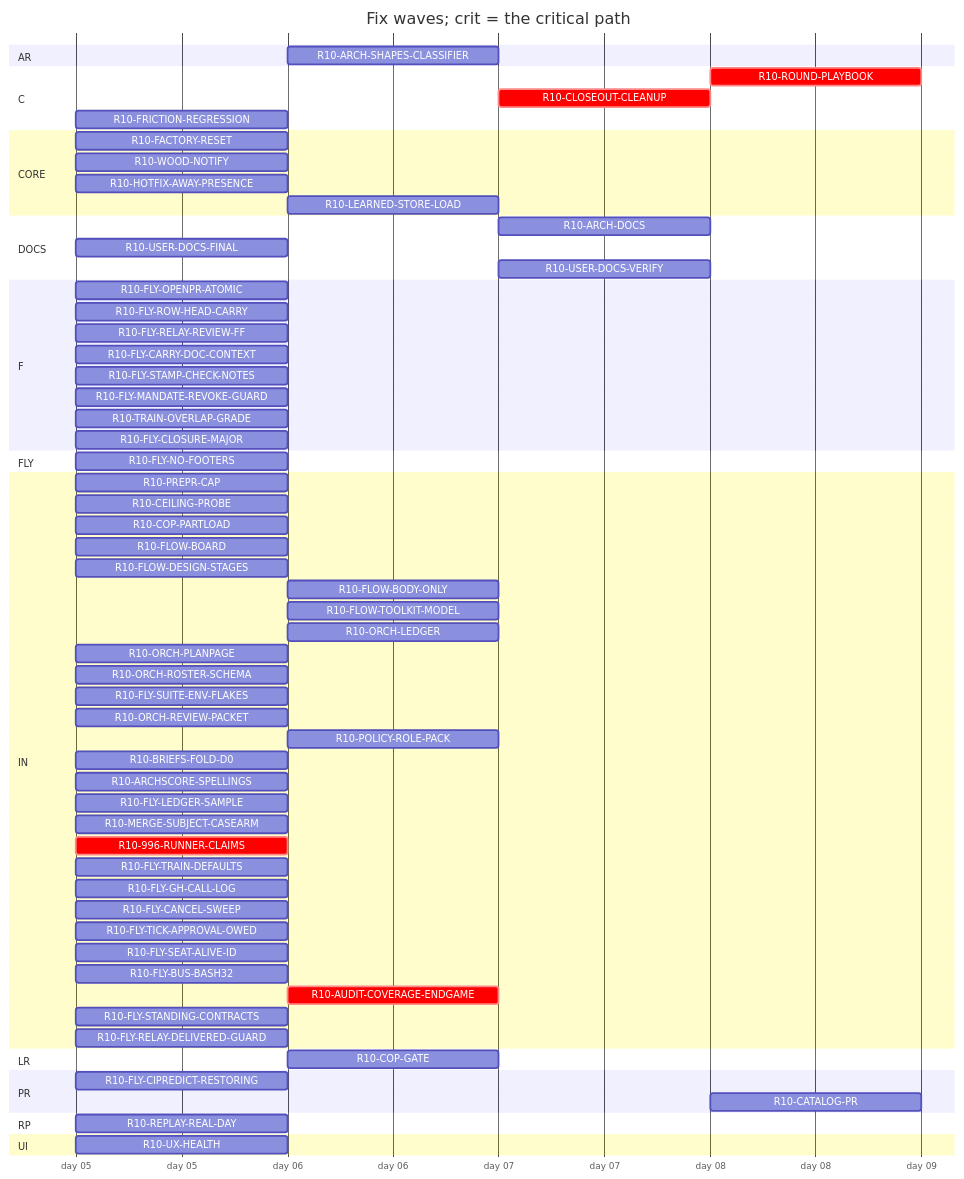
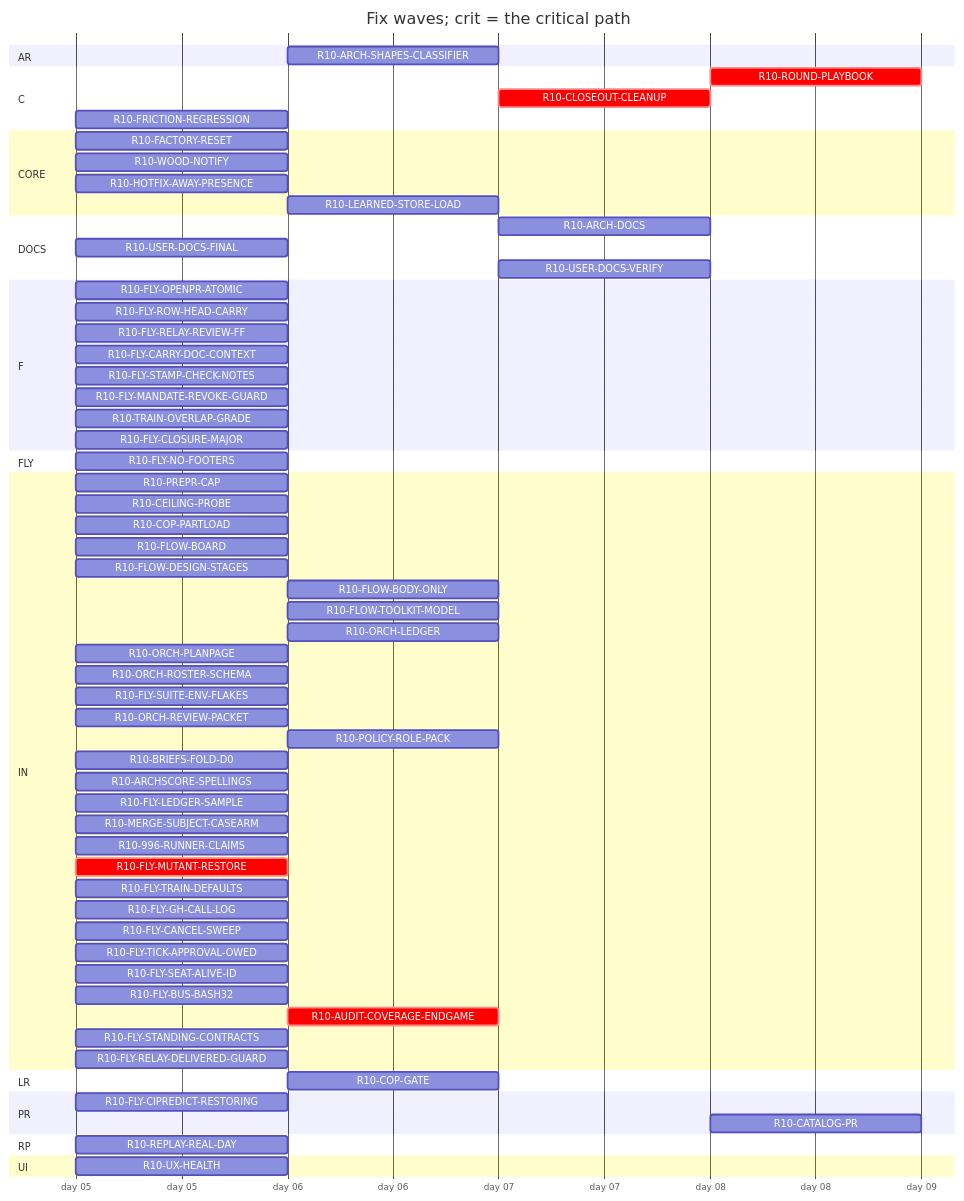
Before and after one commit to tvofi/heatpump_optimizer: the diagram in handoff/round10/state/PLAN-TABLE.md, drawn with Mermaid. The commit also changed other lines of this file and 4 other files, not shown here.

Commit message:
state: FLOW-BOARD.md, NEXT-SESSION-PROMPT.md, PLAN-TABLE.md, PLAN.html, RESUME-CURRENT.md regenerated (state_docs.py)

````diff
--- a/handoff/round10/state/PLAN-TABLE.md
+++ b/handoff/round10/state/PLAN-TABLE.md
@@ -24,69 +24,70 @@
 ```mermaid
 gantt
   title Fix waves; crit = the critical path
   dateFormat YYYY-MM-DD
   axisFormat day %d
   section AR
     R10-ARCH-SHAPES-CLASSIFIER :r10ARCHSHAPESCLASSIFIER, after r10996RUNNERCLAIMS, 1d
   section C
     R10-ROUND-PLAYBOOK :crit, r10ROUNDPLAYBOOK, after r10ORCHLEDGER r10ORCHPLANPAGE r10FLYRELAYREVIEWFF r10FLOWBODYONLY r10AUDITCOVERAGEENDGAME r10FLOWDESIGNSTAGES r10ORCHROSTERSCHEMA r10FLOWTOOLKITMODEL r10TRAINOVERLAPGRADE r10FLYTRAINDEFAULTS r10FLYCANCELSWEEP r10POLICYROLEPACK r10ORCHREVIEWPACKET r10FLOWBOARD r10CLOSEOUTCLEANUP, 1d
     R10-CLOSEOUT-CLEANUP :crit, r10CLOSEOUTCLEANUP, after r10AUDITCOVERAGEENDGAME, 1d
     R10-FRICTION-REGRESSION :r10FRICTIONREGRESSION, 2026-01-05, 1d
   section CORE
     R10-FACTORY-RESET :r10FACTORYRESET, 2026-01-05, 1d
     R10-WOOD-NOTIFY :r10WOODNOTIFY, 2026-01-05, 1d
     R10-HOTFIX-AWAY-PRESENCE :r10HOTFIXAWAYPRESENCE, 2026-01-05, 1d
     R10-LEARNED-STORE-LOAD :r10LEARNEDSTORELOAD, after r10FACTORYRESET, 1d
   section DOCS
     R10-ARCH-DOCS :r10ARCHDOCS, after r10COPGATE r10UXHEALTH r10CEILINGPROBE r10COPPARTLOAD r10FLOWBOARD r10FLOWDESIGNSTAGES r10FLOWBODYONLY r10FLYOPENPRATOMIC r10FLYROWHEADCARRY r10FLYRELAYREVIEWFF r10FLYCARRYDOCCONTEXT r10FLOWTOOLKITMODEL r10FLYSTAMPCHECKNOTES r10FLYMANDATEREVOKEGUARD r10TRAINOVERLAPGRADE r10FLYSUITEENVFLAKES r10ORCHLEDGER r10ORCHPLANPAGE r10ORCHROSTERSCHEMA r10ORCHREVIEWPACKET r10POLICYROLEPACK r10BRIEFSFOLDD0 r10REPLAYREALDAY r10ARCHSCORESPELLINGS r10FLYLEDGERSAMPLE, 1d
     R10-USER-DOCS-FINAL :r10USERDOCSFINAL, 2026-01-05, 1d
     R10-USER-DOCS-VERIFY :r10USERDOCSVERIFY, after r10COPGATE r10UXHEALTH r10CEILINGPROBE r10COPPARTLOAD r10FACTORYRESET r10WOODNOTIFY r10USERDOCSFINAL r10ARCHSHAPESCLASSIFIER r10HOTFIXAWAYPRESENCE, 1d
   section F
     R10-FLY-OPENPR-ATOMIC :r10FLYOPENPRATOMIC, 2026-01-05, 1d
     R10-FLY-ROW-HEAD-CARRY :r10FLYROWHEADCARRY, 2026-01-05, 1d
     R10-FLY-RELAY-REVIEW-FF :r10FLYRELAYREVIEWFF, 2026-01-05, 1d
     R10-FLY-CARRY-DOC-CONTEXT :r10FLYCARRYDOCCONTEXT, 2026-01-05, 1d
     R10-FLY-STAMP-CHECK-NOTES :r10FLYSTAMPCHECKNOTES, 2026-01-05, 1d
     R10-FLY-MANDATE-REVOKE-GUARD :r10FLYMANDATEREVOKEGUARD, 2026-01-05, 1d
     R10-TRAIN-OVERLAP-GRADE :r10TRAINOVERLAPGRADE, 2026-01-05, 1d
     R10-FLY-CLOSURE-MAJOR :r10FLYCLOSUREMAJOR, 2026-01-05, 1d
   section FLY
     R10-FLY-NO-FOOTERS :r10FLYNOFOOTERS, 2026-01-05, 1d
   section IN
     R10-PREPR-CAP :r10PREPRCAP, 2026-01-05, 1d
     R10-CEILING-PROBE :r10CEILINGPROBE, 2026-01-05, 1d
     R10-COP-PARTLOAD :r10COPPARTLOAD, 2026-01-05, 1d
     R10-FLOW-BOARD :r10FLOWBOARD, 2026-01-05, 1d
     R10-FLOW-DESIGN-STAGES :r10FLOWDESIGNSTAGES, 2026-01-05, 1d
     R10-FLOW-BODY-ONLY :r10FLOWBODYONLY, after r10FLYOPENPRATOMIC, 1d
     R10-FLOW-TOOLKIT-MODEL :r10FLOWTOOLKITMODEL, after r10ORCHPLANPAGE r10FLYCANCELSWEEP, 1d
     R10-ORCH-LEDGER :r10ORCHLEDGER, after r10FLYCANCELSWEEP, 1d
     R10-ORCH-PLANPAGE :r10ORCHPLANPAGE, 2026-01-05, 1d
     R10-ORCH-ROSTER-SCHEMA :r10ORCHROSTERSCHEMA, 2026-01-05, 1d
     R10-FLY-SUITE-ENV-FLAKES :r10FLYSUITEENVFLAKES, 2026-01-05, 1d
     R10-ORCH-REVIEW-PACKET :r10ORCHREVIEWPACKET, 2026-01-05, 1d
     R10-POLICY-ROLE-PACK :r10POLICYROLEPACK, after r10FLOWDESIGNSTAGES, 1d
     R10-BRIEFS-FOLD-D0 :r10BRIEFSFOLDD0, 2026-01-05, 1d
     R10-ARCHSCORE-SPELLINGS :r10ARCHSCORESPELLINGS, 2026-01-05, 1d
     R10-FLY-LEDGER-SAMPLE :r10FLYLEDGERSAMPLE, 2026-01-05, 1d
     R10-MERGE-SUBJECT-CASEARM :r10MERGESUBJECTCASEARM, 2026-01-05, 1d
-    R10-996-RUNNER-CLAIMS :crit, r10996RUNNERCLAIMS, 2026-01-05, 1d
+    R10-996-RUNNER-CLAIMS :r10996RUNNERCLAIMS, 2026-01-05, 1d
+    R10-FLY-MUTANT-RESTORE :crit, r10FLYMUTANTRESTORE, 2026-01-05, 1d
     R10-FLY-TRAIN-DEFAULTS :r10FLYTRAINDEFAULTS, 2026-01-05, 1d
     R10-FLY-GH-CALL-LOG :r10FLYGHCALLLOG, 2026-01-05, 1d
     R10-FLY-CANCEL-SWEEP :r10FLYCANCELSWEEP, 2026-01-05, 1d
     R10-FLY-TICK-APPROVAL-OWED :r10FLYTICKAPPROVALOWED, 2026-01-05, 1d
     R10-FLY-SEAT-ALIVE-ID :r10FLYSEATALIVEID, 2026-01-05, 1d
     R10-FLY-BUS-BASH32 :r10FLYBUSBASH32, 2026-01-05, 1d
-    R10-AUDIT-COVERAGE-ENDGAME :crit, r10AUDITCOVERAGEENDGAME, after r10996RUNNERCLAIMS, 1d
+    R10-AUDIT-COVERAGE-ENDGAME :crit, r10AUDITCOVERAGEENDGAME, after r10FLYMUTANTRESTORE r10996RUNNERCLAIMS, 1d
     R10-FLY-STANDING-CONTRACTS :r10FLYSTANDINGCONTRACTS, 2026-01-05, 1d
     R10-FLY-RELAY-DELIVERED-GUARD :r10FLYRELAYDELIVEREDGUARD, 2026-01-05, 1d
   section LR
     R10-COP-GATE :r10COPGATE, after r10CEILINGPROBE, 1d
   section PR
     R10-FLY-CIPREDICT-RESTORING :r10FLYCIPREDICTRESTORING, 2026-01-05, 1d
     R10-CATALOG-PR :r10CATALOGPR, after r10USERDOCSVERIFY r10AUDITCOVERAGEENDGAME, 1d
   section RP
     R10-REPLAY-REAL-DAY :r10REPLAYREALDAY, 2026-01-05, 1d
   section UI
     R10-UX-HEALTH :r10UXHEALTH, 2026-01-05, 1d
 ```
````
